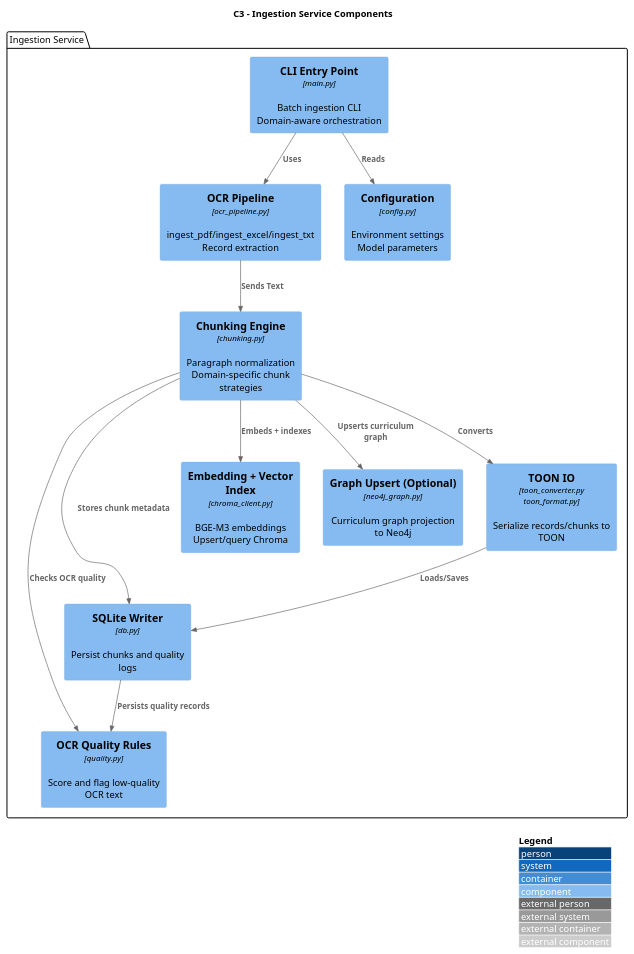
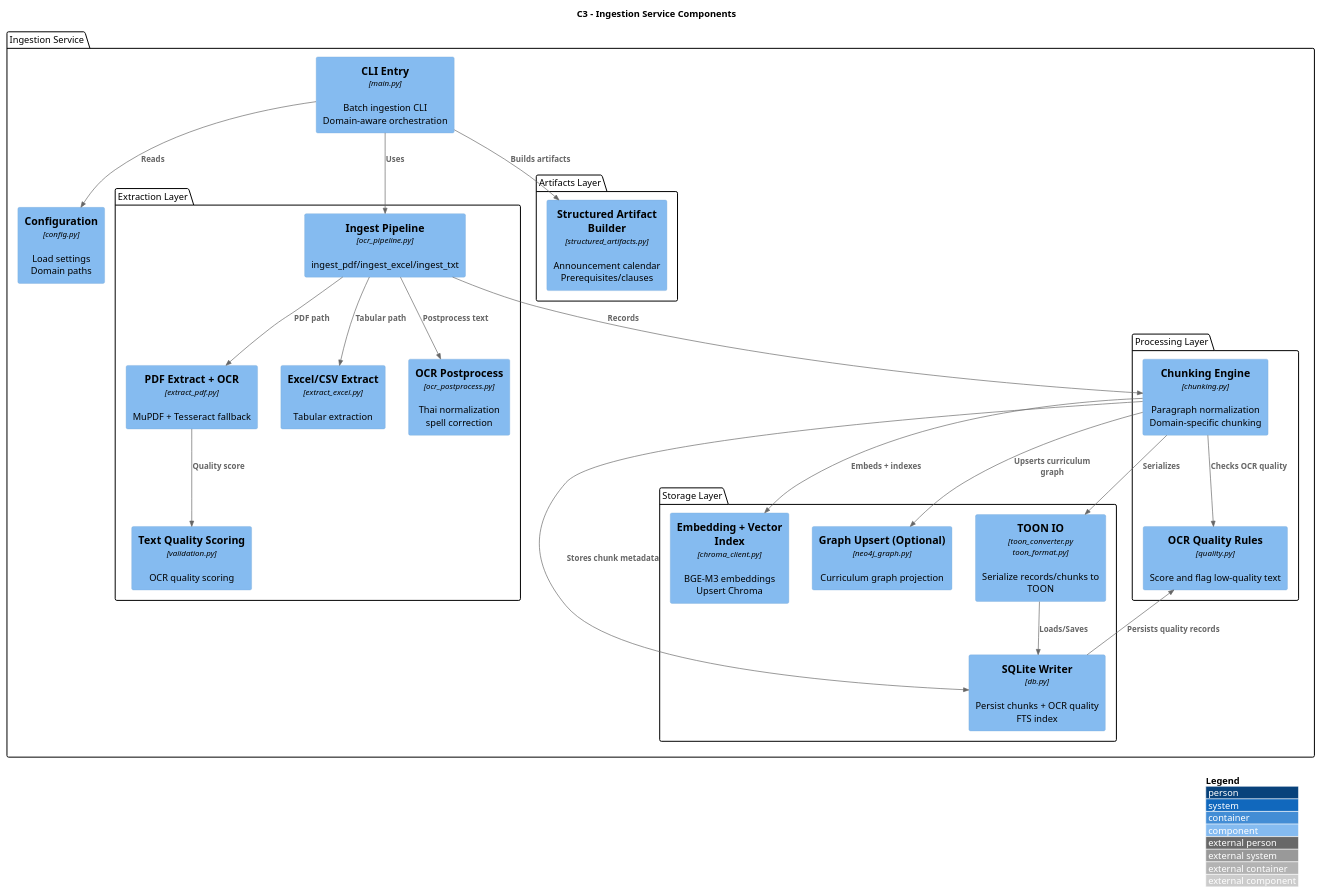
The third of 5 diagrams in docs/backend_c1_c4_diagram.puml (KKOIDF/CPE-CHAT-0.0.2), drawn with PlantUML before and after one commit. The commit also changed other lines of this file and 20 other files, not shown here.

```diff
--- a/docs/backend_c1_c4_diagram.puml
+++ b/docs/backend_c1_c4_diagram.puml
@@ -99,36 +106,57 @@
 @startuml Backend_C3_Ingestion_Components
 !include https://raw.githubusercontent.com/plantuml-stdlib/C4-PlantUML/master/C4_Component.puml
 
 LAYOUT_WITH_LEGEND()
 
 title C3 - Ingestion Service Components
 
 package "Ingestion Service" as ingestion_container {
-    Component(ingestion_main, "CLI Entry Point", "main.py", "Batch ingestion CLI\nDomain-aware orchestration")
+    Component(ingestion_main, "CLI Entry", "main.py", "Batch ingestion CLI\nDomain-aware orchestration")
 
-    Component(ocr_pipeline, "OCR Pipeline", "ocr_pipeline.py", "ingest_pdf/ingest_excel/ingest_txt\nRecord extraction")
-    Component(chunking, "Chunking Engine", "chunking.py", "Paragraph normalization\nDomain-specific chunk strategies")
-    Component(quality, "OCR Quality Rules", "quality.py", "Score and flag low-quality OCR text")
+    package "Extraction Layer" as extraction {
+        Component(ocr_pipeline, "Ingest Pipeline", "ocr_pipeline.py", "ingest_pdf/ingest_excel/ingest_txt")
+        Component(extract_pdf, "PDF Extract + OCR", "extract_pdf.py", "MuPDF + Tesseract fallback")
+        Component(extract_excel, "Excel/CSV Extract", "extract_excel.py", "Tabular extraction")
+        Component(ocr_post, "OCR Postprocess", "ocr_postprocess.py", "Thai normalization\nspell correction")
+        Component(validation, "Text Quality Scoring", "validation.py", "OCR quality scoring")
+    }
 
-    Component(db_client, "SQLite Writer", "db.py", "Persist chunks and quality logs")
-    Component(chroma_client, "Embedding + Vector Index", "chroma_client.py", "BGE-M3 embeddings\nUpsert/query Chroma")
-    Component(graph_writer, "Graph Upsert (Optional)", "neo4j_graph.py", "Curriculum graph projection to Neo4j")
+    package "Processing Layer" as processing {
+        Component(chunking, "Chunking Engine", "chunking.py", "Paragraph normalization\nDomain-specific chunking")
+        Component(quality, "OCR Quality Rules", "quality.py", "Score and flag low-quality text")
+    }
 
-    Component(toon_converter, "TOON IO", "toon_converter.py\ntoon_format.py", "Serialize records/chunks to TOON")
-    Component(config, "Configuration", "config.py", "Environment settings\nModel parameters")
+    package "Artifacts Layer" as artifacts {
+        Component(structured_artifacts, "Structured Artifact Builder", "structured_artifacts.py", "Announcement calendar\nPrerequisites/clauses")
+    }
+
+    package "Storage Layer" as storage {
+        Component(db_client, "SQLite Writer", "db.py", "Persist chunks + OCR quality\nFTS index")
+        Component(chroma_client, "Embedding + Vector Index", "chroma_client.py", "BGE-M3 embeddings\nUpsert Chroma")
+        Component(graph_writer, "Graph Upsert (Optional)", "neo4j_graph.py", "Curriculum graph projection")
+        Component(toon_converter, "TOON IO", "toon_converter.py\ntoon_format.py", "Serialize records/chunks to TOON")
+    }
+
+    Component(config, "Configuration", "config.py", "Load settings\nDomain paths")
 }
 
 Rel(ingestion_main, ocr_pipeline, "Uses")
 Rel(ingestion_main, config, "Reads")
+Rel(ingestion_main, structured_artifacts, "Builds artifacts")
 
-Rel(ocr_pipeline, chunking, "Sends Text")
+Rel(ocr_pipeline, extract_pdf, "PDF path")
+Rel(ocr_pipeline, extract_excel, "Tabular path")
+Rel(ocr_pipeline, ocr_post, "Postprocess text")
+Rel(extract_pdf, validation, "Quality score")
+Rel(ocr_pipeline, chunking, "Records")
+
 Rel(chunking, quality, "Checks OCR quality")
 Rel(chunking, db_client, "Stores chunk metadata")
 Rel(chunking, chroma_client, "Embeds + indexes")
+Rel(chunking, graph_writer, "Upserts curriculum graph")
+Rel(chunking, toon_converter, "Serializes")
 
-Rel(chunking, toon_converter, "Converts")
 Rel(toon_converter, db_client, "Loads/Saves")
-Rel(chunking, graph_writer, "Upserts curriculum graph")
 Rel(db_client, quality, "Persists quality records")
 
 @enduml
```
